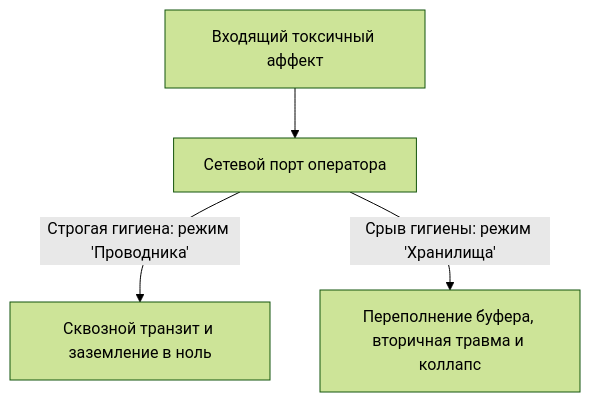
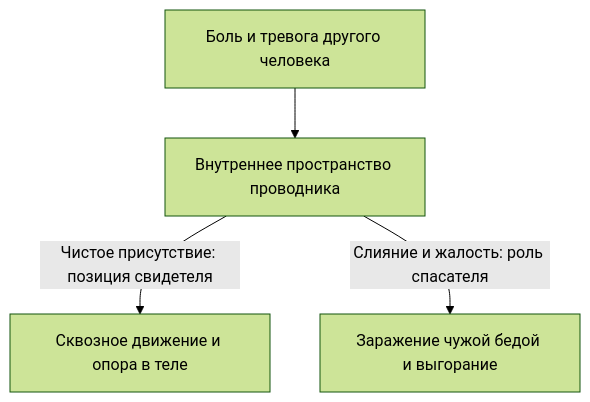
Before and after one commit to GTFB/threebooks: the diagram in root/34-operator-safety-hygiene/ru.mdx, drawn with Mermaid (forest theme). The commit also changed other lines of this file and 40 other files, not shown here.

````diff
--- a/root/34-operator-safety-hygiene/ru.mdx
+++ b/root/34-operator-safety-hygiene/ru.mdx
@@ -25,6 +25,6 @@
 ```mermaid
 flowchart TB
-  A["Входящий токсичный аффект"] --> B["Сетевой порт оператора"]
-  B -->|Строгая гигиена: режим 'Проводника'| C["Сквозной транзит и заземление в ноль"]
-  B -->|Срыв гигиены: режим 'Хранилища'| D["Переполнение буфера, вторичная травма и коллапс"]
+  A["Боль и тревога другого человека"] --> B["Внутреннее пространство проводника"]
+  B -->|Чистое присутствие: позиция свидетеля| C["Сквозное движение и опора в теле"]
+  B -->|Слияние и жалость: роль спасателя| D["Заражение чужой бедой и выгорание"]
 ```
````
